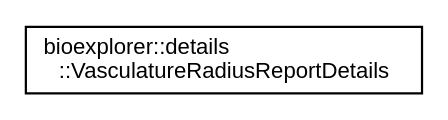
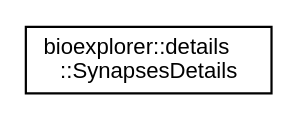
Before and after one commit to BlueBrain/BioExplorer: the diagram in docs/inherit_graph_60.dot, drawn with Graphviz. The commit also changed 458 other files, not shown here.

```diff
--- a/docs/inherit_graph_60.dot
+++ b/docs/inherit_graph_60.dot
@@ -1,8 +1,8 @@
 digraph "Graphical Class Hierarchy"
 {
  // LATEX_PDF_SIZE
   edge [fontname="Helvetica",fontsize="10",labelfontname="Helvetica",labelfontsize="10"];
   node [fontname="Helvetica",fontsize="10",shape=record];
   rankdir="LR";
-  Node0 [label="bioexplorer::details\l::VasculatureRadiusReportDetails",height=0.2,width=0.4,color="black", fillcolor="white", style="filled",URL="$de/da6/structbioexplorer_1_1details_1_1VasculatureRadiusReportDetails.html",tooltip=" "];
+  Node0 [label="bioexplorer::details\l::SynapsesDetails",height=0.2,width=0.4,color="black", fillcolor="white", style="filled",URL="$d5/ddf/structbioexplorer_1_1details_1_1SynapsesDetails.html",tooltip=" "];
 }
```
